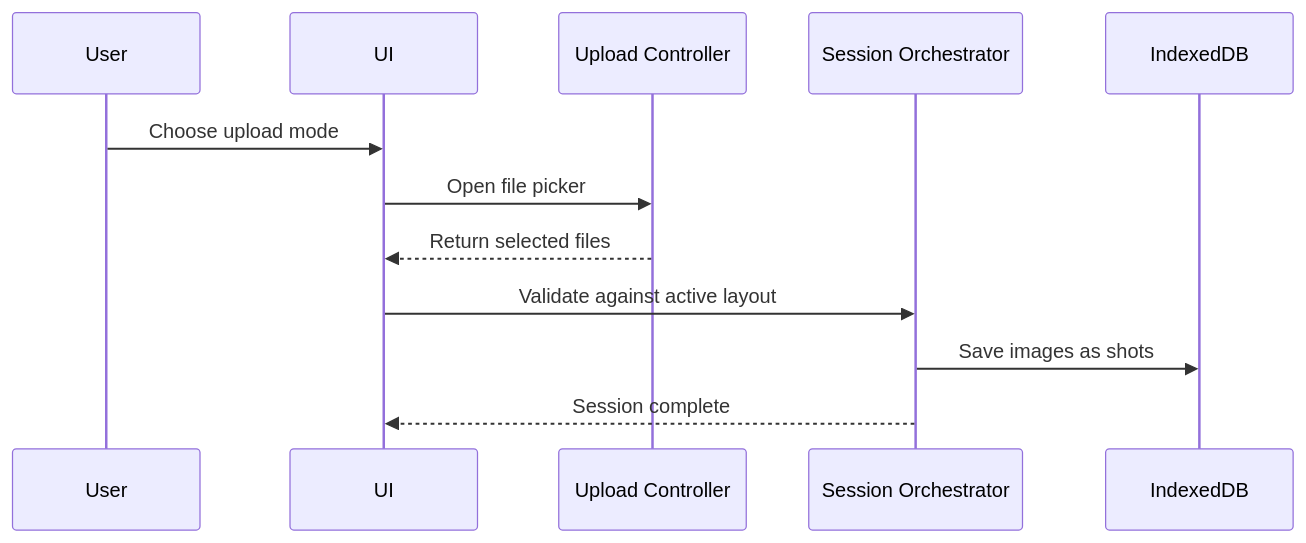
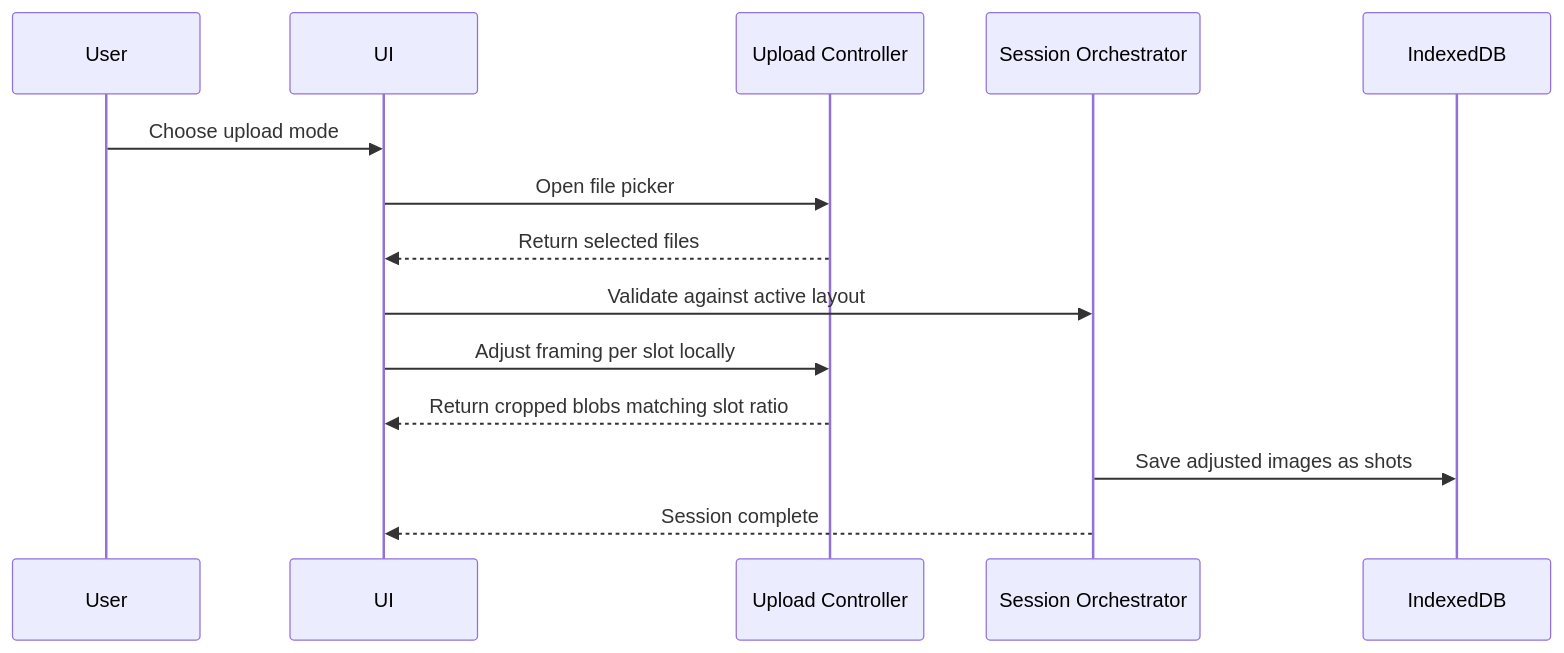
One commit to kungfufafa/SteCute changed the fourth of 5 diagrams in docs/stecute-technical-design.md. Above: the diagram before and after it, drawn with Mermaid. The commit also changed other lines of this file and 24 other files, not shown here.

````diff
--- a/docs/stecute-technical-design.md
+++ b/docs/stecute-technical-design.md
@@ -599,15 +599,17 @@
 ```mermaid
 sequenceDiagram
     participant U as User
     participant UI as UI
     participant UP as Upload Controller
     participant ORC as Session Orchestrator
     participant DB as IndexedDB
 
     U->>UI: Choose upload mode
     UI->>UP: Open file picker
     UP-->>UI: Return selected files
     UI->>ORC: Validate against active layout
-    ORC->>DB: Save images as shots
+    UI->>UP: Adjust framing per slot locally
+    UP-->>UI: Return cropped blobs matching slot ratio
+    ORC->>DB: Save adjusted images as shots
     ORC-->>UI: Session complete
 ```
````
